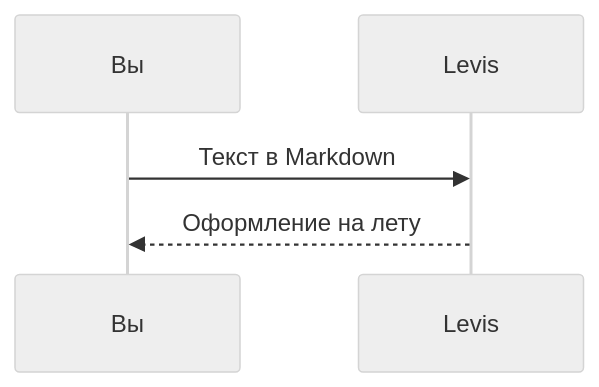
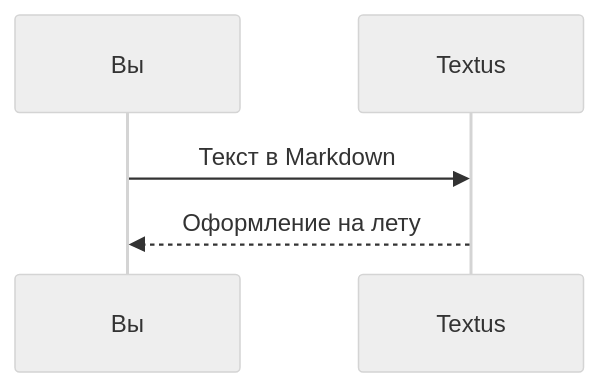
One commit to CatVinci-Studio/Levis changed the third of 3 diagrams in src/help/markdown-guide.ru.md. Above: the diagram before and after it, drawn with Mermaid (neutral theme). The commit also changed other lines of this file and 219 other files, not shown here.

````diff
--- a/src/help/markdown-guide.ru.md
+++ b/src/help/markdown-guide.ru.md
@@ -113,7 +113,7 @@
 ```mermaid
 sequenceDiagram
     participant Вы
-    participant Levis
-    Вы->>Levis: Текст в Markdown
-    Levis-->>Вы: Оформление на лету
+    participant Textus
+    Вы->>Textus: Текст в Markdown
+    Textus-->>Вы: Оформление на лету
 ```
````
